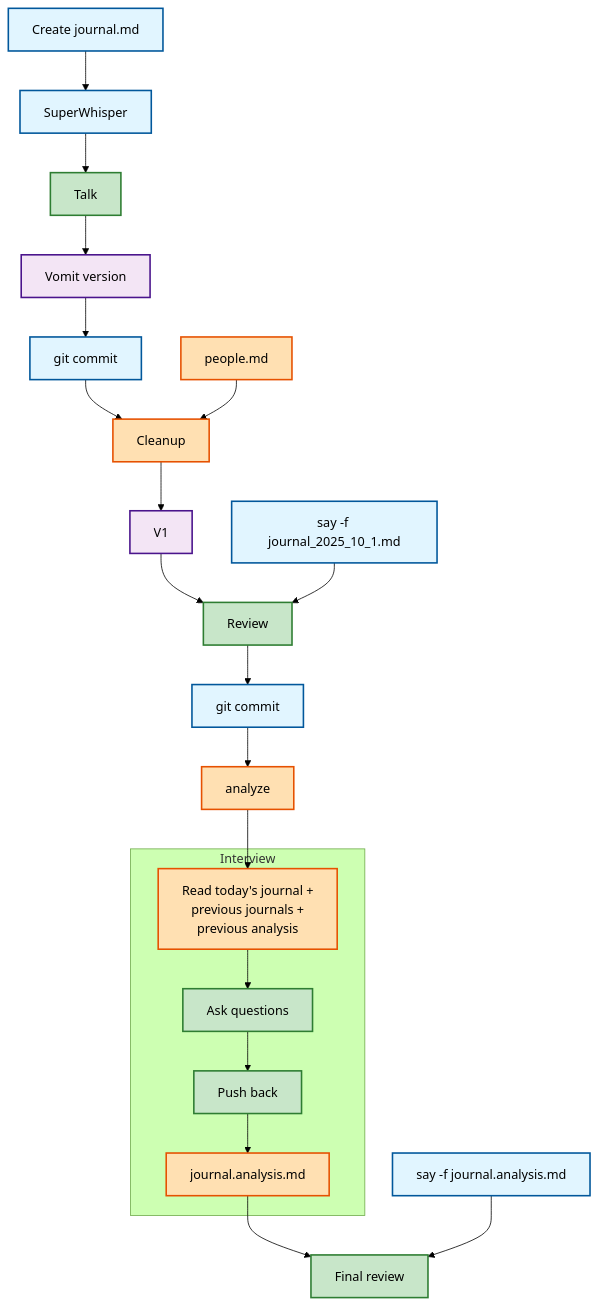
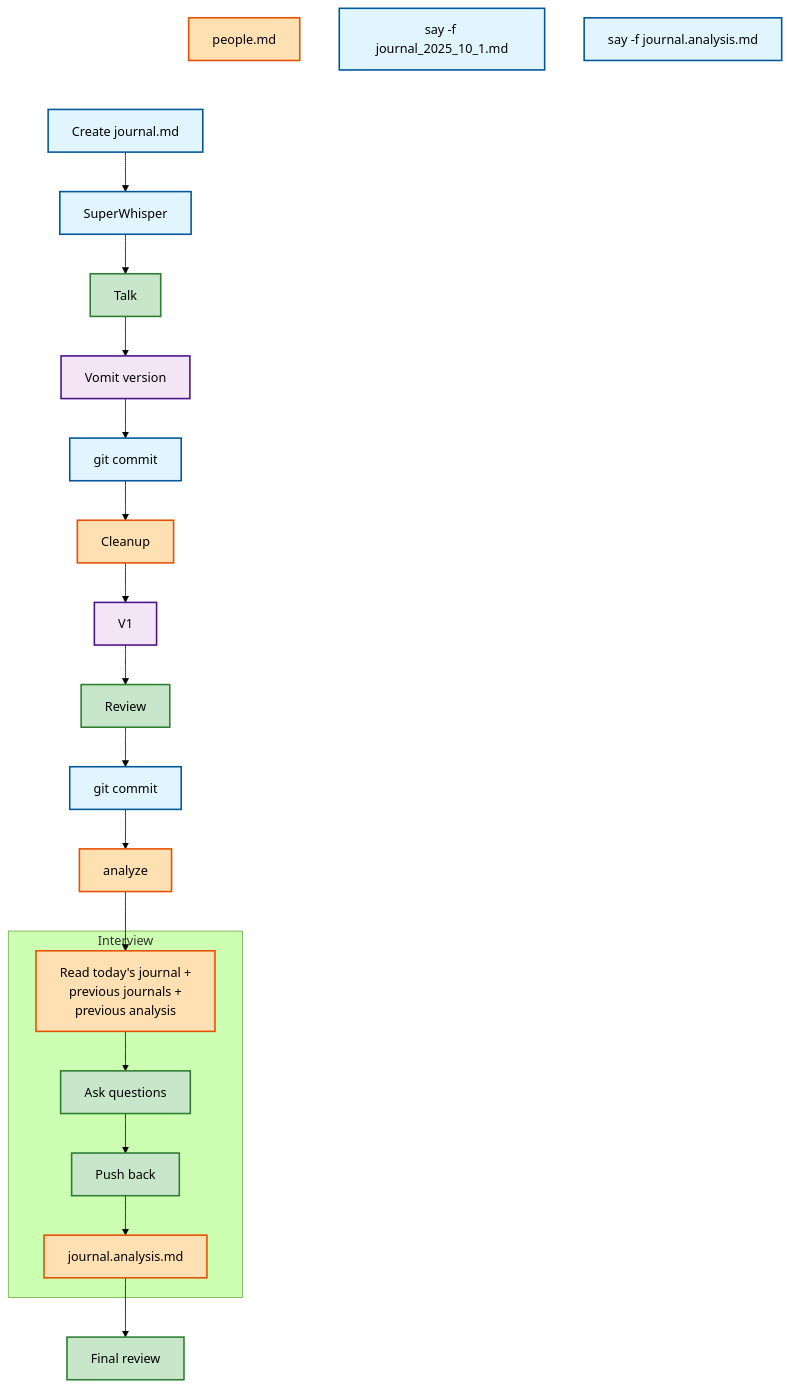
Before and after one commit to isidore/AIJournaling: the second of 2 diagrams in Flowchart_Journaling/journaling_process.md, drawn with Mermaid (forest theme). The commit also changed 1 other file, not shown here.

Commit message:
Possible flowchart

````diff
--- a/Flowchart_Journaling/journaling_process.md
+++ b/Flowchart_Journaling/journaling_process.md
@@ -18,49 +18,50 @@
 ```mermaid
 graph TD
+    InvisibleStart[ ]:::invisible
+    People[people.md]:::processing
+    Say[say -f journal_2025_10_1.md]:::tools
+    SayAnalysis[say -f journal.analysis.md]:::tools
+    
     Start[Create journal.md]:::tools
     Whisper[SuperWhisper]:::tools
     Talk[Talk]:::manual
     Vomit[Vomit version]:::output
     Commit[git commit]:::tools
     Cleanup[Cleanup]:::processing
-    People[people.md]:::processing
     V1[V1]:::output
-    Say[say -f journal_2025_10_1.md]:::tools
     Review[Review]:::manual
     Commit2[git commit]:::tools
     Analyze[analyze]:::processing
     
     subgraph Interview
         Read[Read today's journal +<br/>previous journals +<br/>previous analysis]:::processing
         Ask[Ask questions]:::manual
         PushBack[Push back]:::manual
         CreateAnalysis[journal.analysis.md]:::processing
         
         Read --> Ask
         Ask --> PushBack
         PushBack --> CreateAnalysis
     end
     
-    SayAnalysis[say -f journal.analysis.md]:::tools
     ReviewAnalysis[Final review]:::manual
     
+    InvisibleStart ~~~ Start
     Start --> Whisper
     Whisper --> Talk
     Talk --> Vomit
     Vomit --> Commit
     Commit --> Cleanup
-    People --> Cleanup
     Cleanup --> V1
     V1 --> Review
-    Say --> Review
     Review --> Commit2
     Commit2 --> Analyze
     Analyze --> Read
     CreateAnalysis --> ReviewAnalysis
-    SayAnalysis --> ReviewAnalysis
     
     classDef tools fill:#e1f5ff,stroke:#01579b,stroke-width:2px
     classDef output fill:#f3e5f5,stroke:#4a148c,stroke-width:2px
     classDef processing fill:#ffe0b2,stroke:#e65100,stroke-width:2px
     classDef manual fill:#c8e6c9,stroke:#2e7d32,stroke-width:2px
+    classDef invisible fill:none,stroke:none
 ```
````
